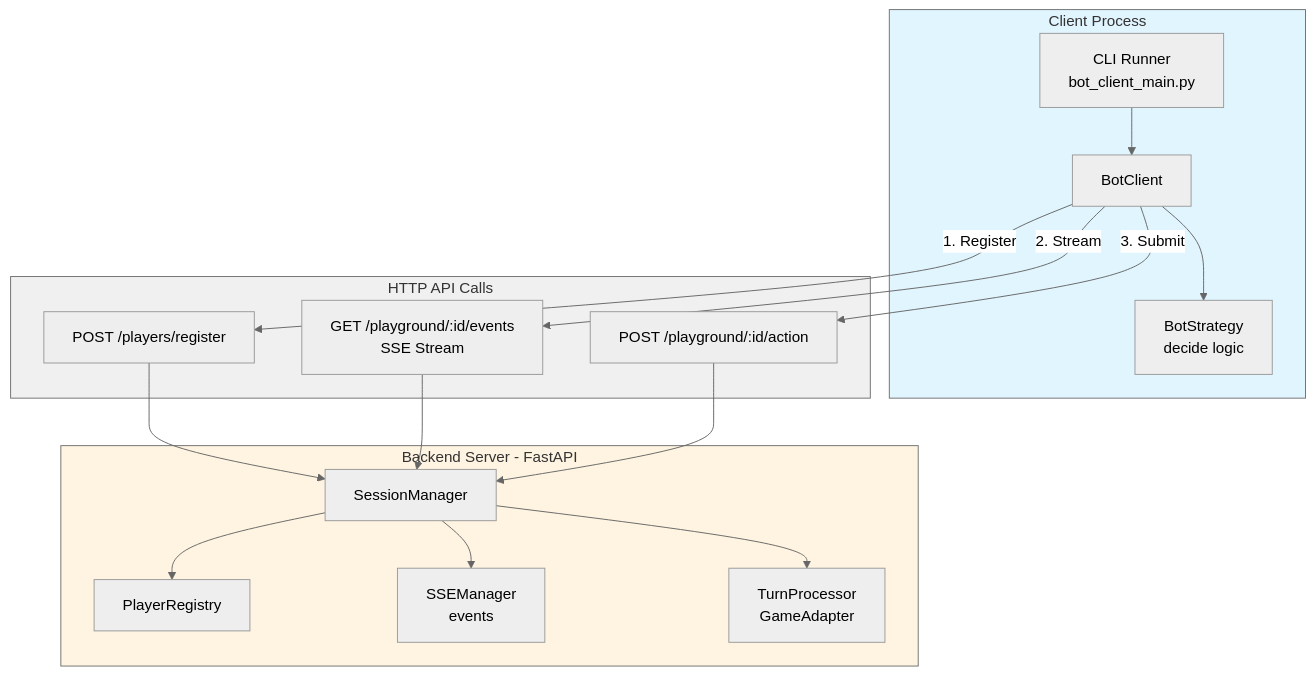
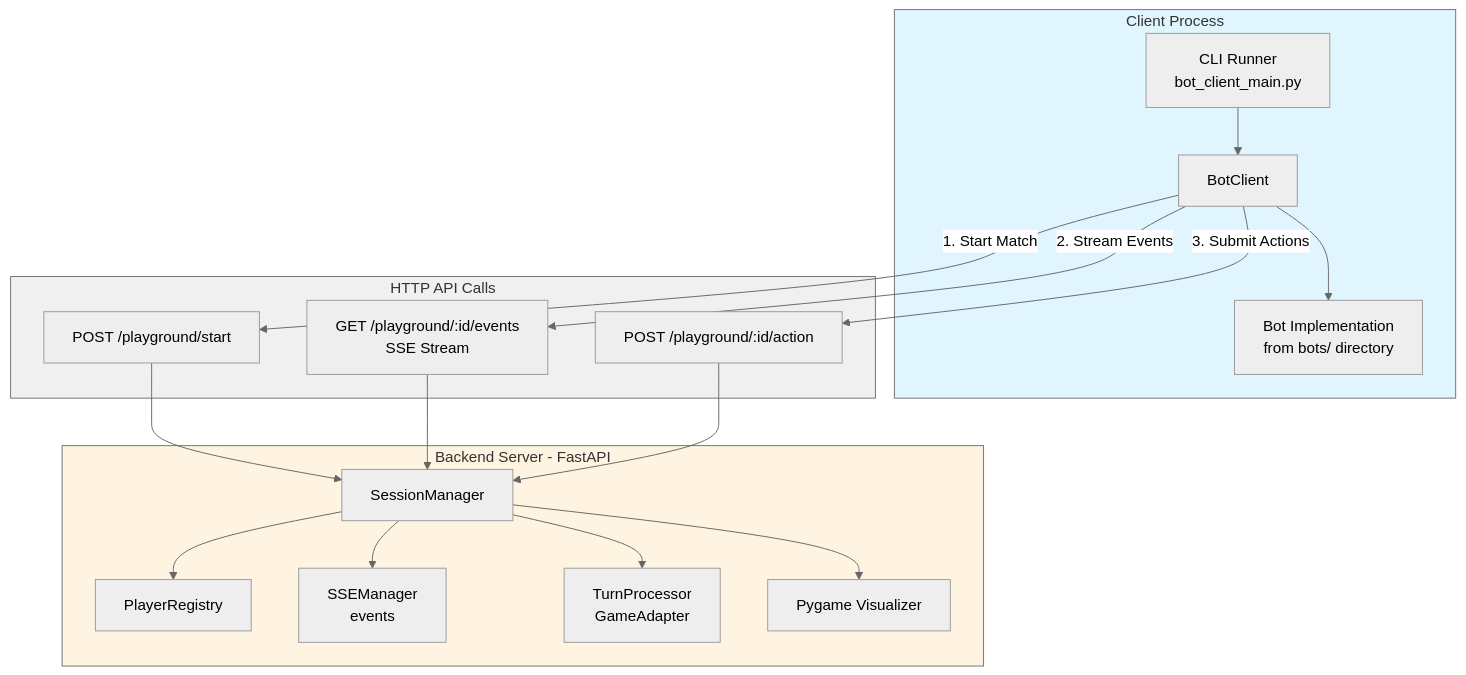
Before and after one commit to swex-camp2024-copilot/swex-camp-spellcaster: the first of 4 diagrams in docs/specs/bot-client/design.md, drawn with Mermaid (neutral theme). The commit also changed other lines of this file, not shown here.

Commit message:
Bot Client - design spec

````diff
--- a/docs/specs/bot-client/design.md
+++ b/docs/specs/bot-client/design.md
@@ -34,40 +37,42 @@
 ```mermaid
 graph TB
     subgraph Client["Client Process"]
         CLI[CLI Runner<br/>bot_client_main.py]
         BotClient[BotClient]
-        Strategy[BotStrategy<br/>decide logic]
+        BotImpl[Bot Implementation<br/>from bots/ directory]
 
         CLI --> BotClient
-        BotClient --> Strategy
+        BotClient --> BotImpl
     end
 
     subgraph HTTP["HTTP API Calls"]
-        Register[POST /players/register]
+        Start[POST /playground/start]
         Events[GET /playground/:id/events<br/>SSE Stream]
         Action[POST /playground/:id/action]
     end
 
     subgraph Backend["Backend Server - FastAPI"]
         PlayerReg[PlayerRegistry]
         SessionMgr[SessionManager]
         SSEMgr[SSEManager<br/>events]
         TurnProc[TurnProcessor<br/>GameAdapter]
+        Visualizer[Pygame Visualizer]
 
         SessionMgr --> PlayerReg
         SessionMgr --> SSEMgr
         SessionMgr --> TurnProc
+        SessionMgr --> Visualizer
     end
 
-    BotClient -->|1. Register| Register
-    BotClient -->|2. Stream| Events
-    BotClient -->|3. Submit| Action
+    BotClient -->|1. Start Match| Start
+    BotClient -->|2. Stream Events| Events
+    BotClient -->|3. Submit Actions| Action
 
-    Register --> SessionMgr
+    Start --> SessionMgr
     Events --> SessionMgr
     Action --> SessionMgr
 
     style Client fill:#e1f5ff
     style Backend fill:#fff4e1
     style HTTP fill:#f0f0f0
 ```
````
